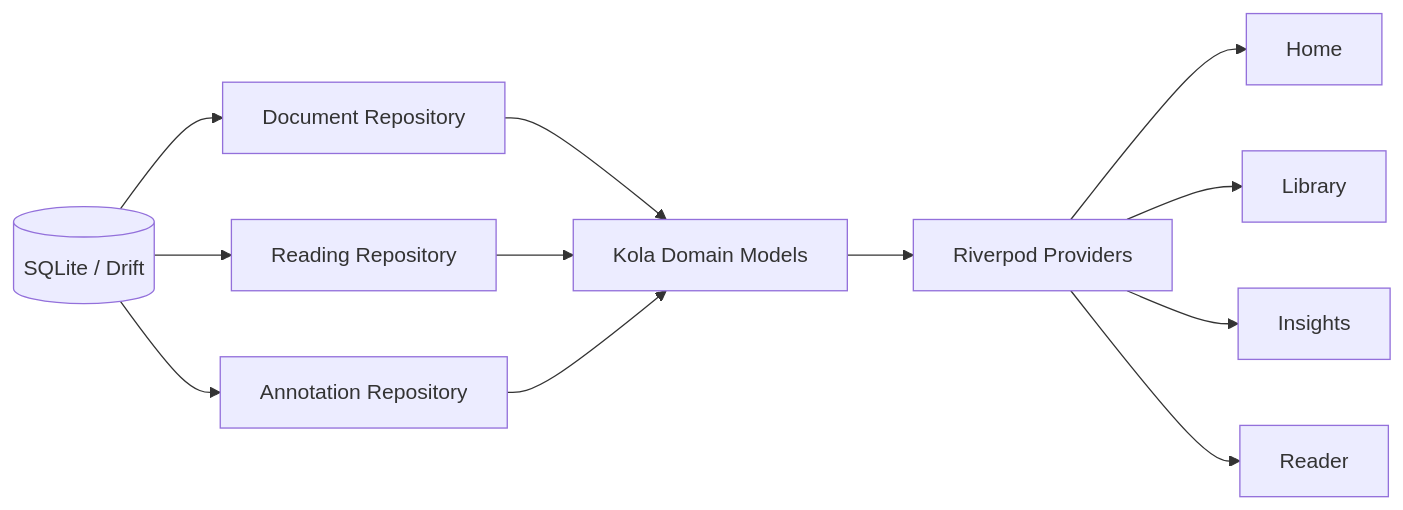
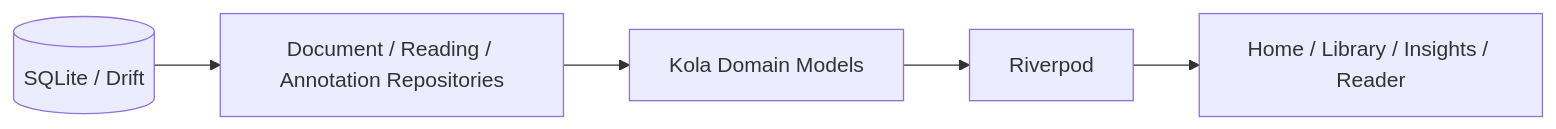
One commit to aaditya140103/kola changed the eighth of 11 diagrams in docs/PROJECT_GRAPH.md. Above: the diagram before and after it, drawn with Mermaid. The commit also changed other lines of this file, not shown here.

Commit message:
docs: add reader state persistence loop to project graph

````diff
--- a/docs/PROJECT_GRAPH.md
+++ b/docs/PROJECT_GRAPH.md
@@ -172,22 +138,5 @@
 ```mermaid
 flowchart LR
-    DB[(SQLite / Drift)]
-    DocRepo[Document Repository]
-    ReadRepo[Reading Repository]
-    AnnRepo[Annotation Repository]
-    Models[Kola Domain Models]
-    Providers[Riverpod Providers]
-    Home[Home]
-    Library[Library]
-    Insights[Insights]
-    Reader[Reader]
-
-    DB --> DocRepo --> Models
-    DB --> ReadRepo --> Models
-    DB --> AnnRepo --> Models
-    Models --> Providers
-    Providers --> Home
-    Providers --> Library
-    Providers --> Insights
-    Providers --> Reader
+    DB[(SQLite / Drift)] --> Repos[Document / Reading / Annotation Repositories]
+    Repos --> Models[Kola Domain Models] --> Providers[Riverpod] --> UI[Home / Library / Insights / Reader]
 ```
````
